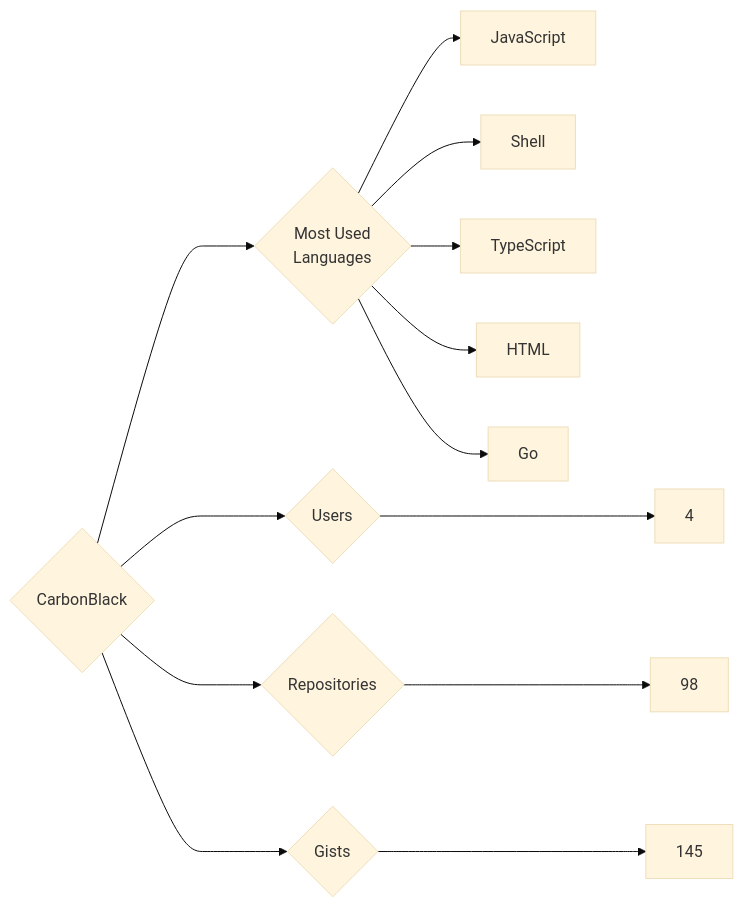
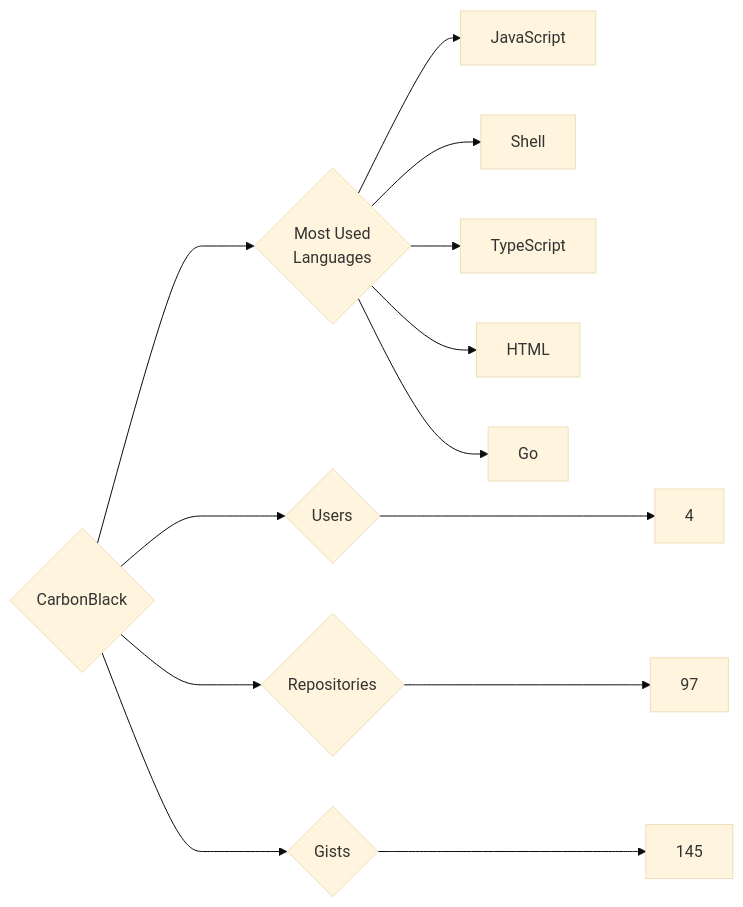
Before and after one commit to trickest/insiders: the diagram in targets/CarbonBlack/README.md, drawn with Mermaid (base theme). The commit also changed 985 other files, not shown here.

````diff
--- a/targets/CarbonBlack/README.md
+++ b/targets/CarbonBlack/README.md
@@ -3,13 +3,13 @@
 ```mermaid
 graph LR
 COMPANY_NAME{CarbonBlack}
 COMPANY_NAME ---> U{Users} ---> UN[4]
-COMPANY_NAME ---> R{Repositories} ---> RN[98]
+COMPANY_NAME ---> R{Repositories} ---> RN[97]
 COMPANY_NAME ---> G{Gists} ---> GN[145]
 COMPANY_NAME ---> ML{Most Used<br>Languages}
 ML --> JavaScript[JavaScript]
 ML --> Shell[Shell]
 ML --> TypeScript[TypeScript]
 ML --> HTML[HTML]
 ML --> Go[Go]
 ```
````
